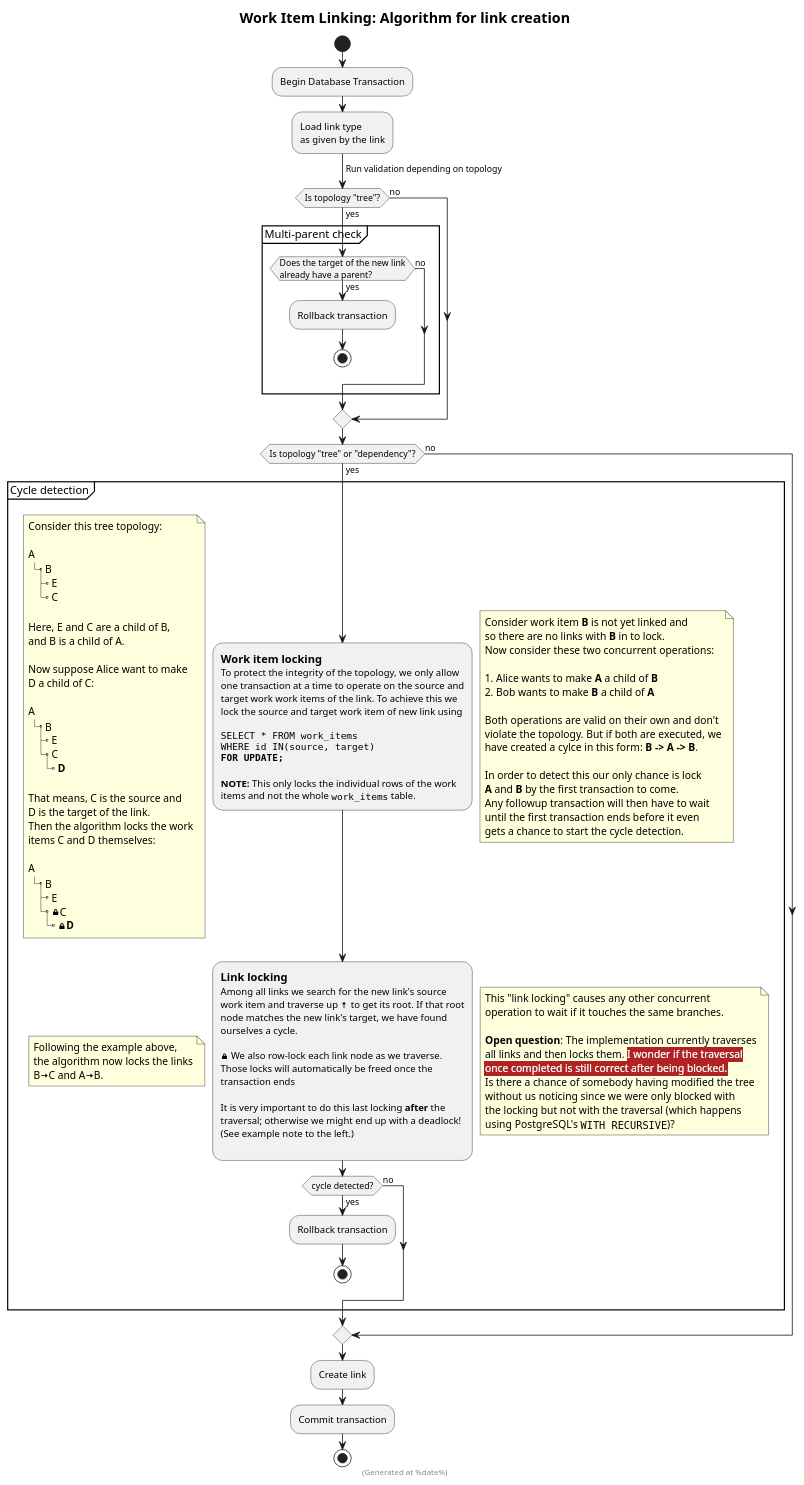
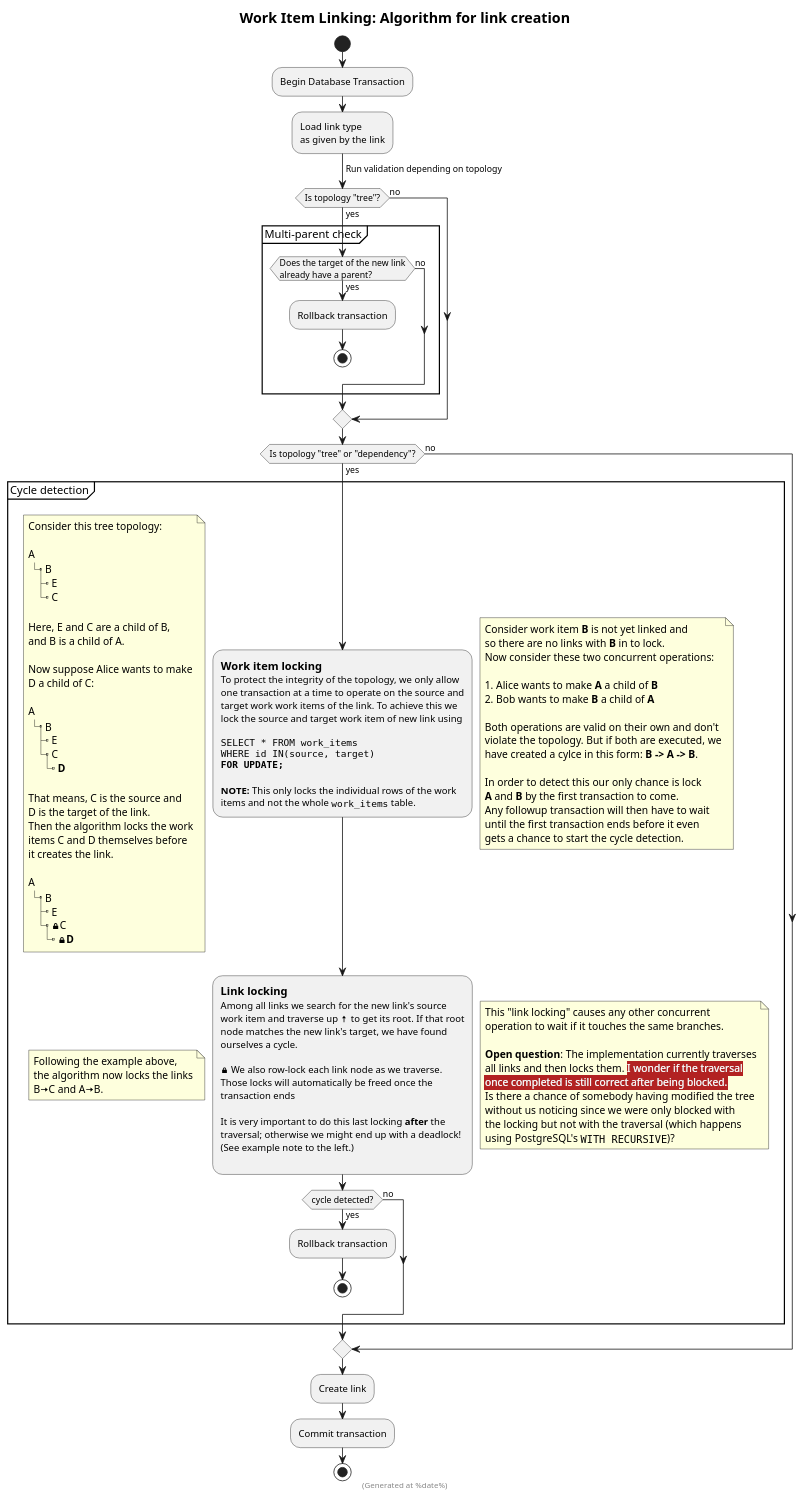
One commit to fabric8-services/fabric8-wit changed the diagram in workitem/link/link_creation.puml. Above: the diagram before and after it, drawn with PlantUML. The commit also changed 1 other file, not shown here.

```diff
--- a/workitem/link/link_creation.puml
+++ b/workitem/link/link_creation.puml
@@ -1,149 +1,150 @@
 @startuml
 
 ' This is a PlantUML activity diagram.
 ' To generate a PNG diagram from this file follow these steps:
 ' $ wget -o plantuml.jar http://sourceforge.net/projects/plantuml/files/plantuml.jar/download
 ' $ java -jar plantuml.jar -verbose link_creation.puml
 
 skinparam titleBorderRoundCorner 15
 skinparam titleBorderThickness 2
 skinparam monochrome false
 
 title 
     = Work Item Linking: Algorithm for link creation
 end title
 
 footer
 (Generated at %date%)
 end footer
 
 start
 :Begin Database Transaction;
 :Load link type
 as given by the link;
 ->Run validation depending on topology;
 
 
 if (Is topology "tree"?) then (yes)
     partition "Multi-parent check" {        
         if (Does the target of the new link\nalready have a parent?) then (yes)
             :Rollback transaction;
             stop
         else (no)
         endif    
     }
 else (no)
 endif
 
 
 if (Is topology "tree" or "dependency"?) then (yes)
     partition "Cycle detection" {
         :== Work item locking
         To protect the integrity of the topology, we only allow
         one transaction at a time to operate on the source and
         target work work items of the link. To achieve this we
         lock the source and target work item of new link using
 
         ""SELECT * FROM work_items""
         ""WHERE id IN(source, target)""
         **""FOR UPDATE;""**
 
         **NOTE:** This only locks the individual rows of the work
         items and not the whole ""work_items"" table.;
         note right
             Consider work item **B** is not yet linked and
             so there are no links with **B** in to lock.
             Now consider these two concurrent operations:
 
             # Alice wants to make **A** a child of **B**
             # Bob wants to make **B** a child of **A**
 
             Both operations are valid on their own and don't
             violate the topology. But if both are executed, we
             have created a cylce in this form: **B -> A -> B**.
 
             In order to detect this our only chance is lock
             **A** and **B** by the first transaction to come.
             Any followup transaction will then have to wait
             until the first transaction ends before it even
             gets a chance to start the cycle detection.
         end note
         note left
             Consider this tree topology:
 
             A
             |_ B
               |_ E
               |_ C
 
             Here, E and C are a child of B,
             and B is a child of A.
             
-            Now suppose Alice want to make
+            Now suppose Alice wants to make
             D a child of C:
 
             A
             |_ B
               |_ E
               |_ C
                 |_ **D**
             
             That means, C is the source and
             D is the target of the link.
             Then the algorithm locks the work
-            items C and D themselves:
+            items C and D themselves before
+            it creates the link.
 
             A
             |_ B
               |_ E
               |_ <&lock-locked>C
                 |_ <&lock-locked>**D**
         end note
 
         :== Link locking
         Among all links we search for the new link's source
         work item and traverse up <&arrow-top> to get its root. If that root
         node matches the new link's target, we have found
         ourselves a cycle.
 
         <&lock-locked> We also row-lock each link node as we traverse.
         Those locks will automatically be freed once the
         transaction ends
 
         It is very important to do this last locking **after** the
         traversal; otherwise we might end up with a deadlock!
         (See example note to the left.)
         ;
         note right
             This "link locking" causes any other concurrent
             operation to wait if it touches the same branches.
 
             **Open question**: The implementation currently traverses
             all links and then locks them. <back:FireBrick><color:white>I wonder if the traversal
             <back:FireBrick><color:white>once completed is still correct after being blocked.
             Is there a chance of somebody having modified the tree
             without us noticing since we were only blocked with
             the locking but not with the traversal (which happens
             using PostgreSQL's ""WITH RECURSIVE"")?
         end note
         note left
             Following the example above,
             the algorithm now locks the links
             B<&arrow-right>C and A<&arrow-right>B.
         end note
 
         if (cycle detected?) then (yes)
             :Rollback transaction;
             stop
         else (no)
         endif
     }
 else (no)    
 endif
 
 :Create link;
 :Commit transaction;
 
 stop
 
 @enduml
```
